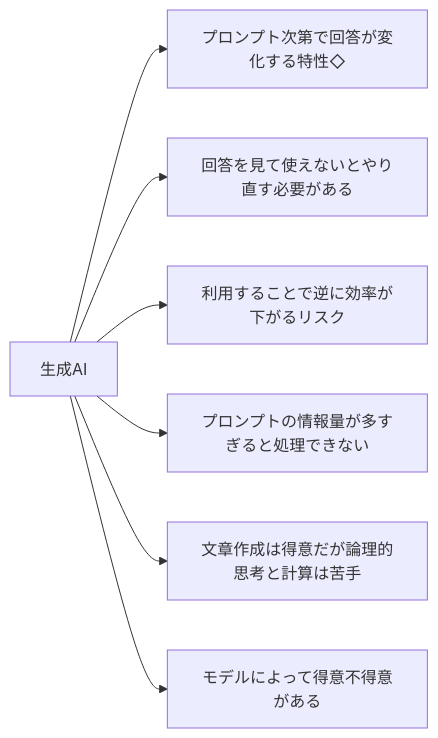
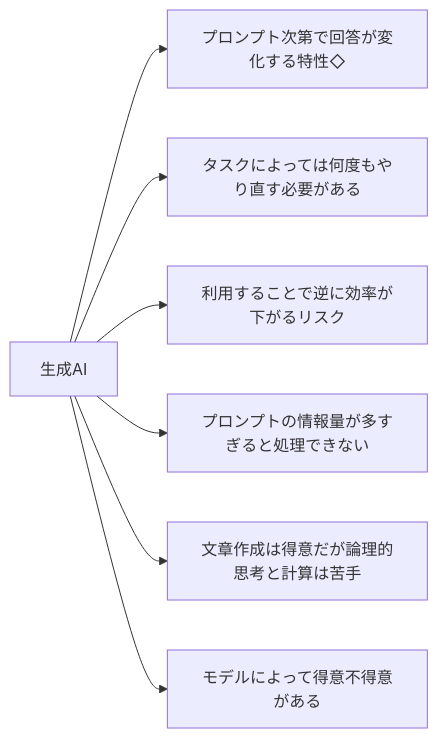
One commit to SparklingDetergent/doc_genai_Using_Generative_AI_with_Mac_Mini_-Introduction- changed the fourth of 14 diagrams in README.md. Above: the diagram before and after it, drawn with Mermaid.

````diff
--- a/README.md
+++ b/README.md
@@ -105,9 +105,9 @@
 ```mermaid
 graph LR
     A[生成AI] --> F[プロンプト次第で回答が変化する特性◇]
-    A --> G[回答を見て使えないとやり直す必要がある]
+    A --> G[タスクによっては何度もやり直す必要がある]
     A --> B[利用することで逆に効率が下がるリスク]
     A --> E[プロンプトの情報量が多すぎると処理できない]
     A --> C[文章作成は得意だが論理的思考と計算は苦手]
     A --> D[モデルによって得意不得意がある]
 ```
````
